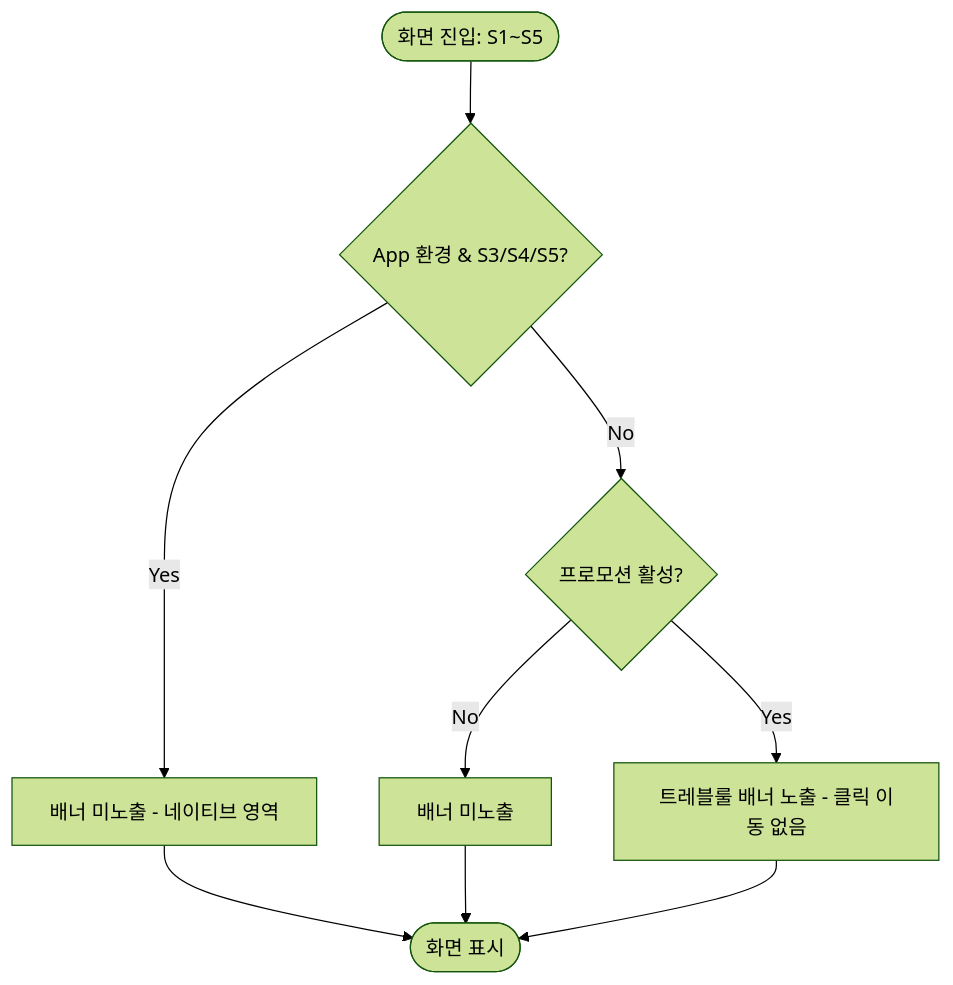
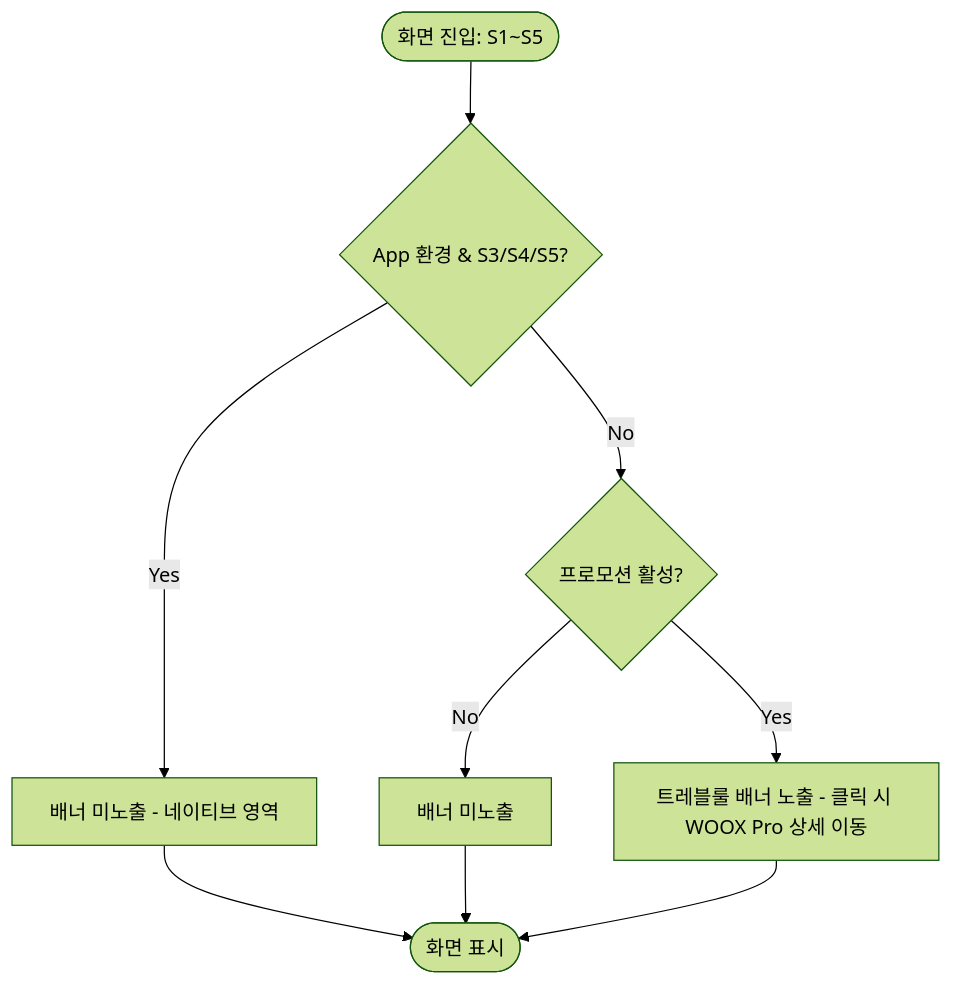
Before and after one commit to matthewforwork1213-collab/WOOX_Pro_sub_event: the fourth of 4 diagrams in 02.기획문서/정보구조도.md, drawn with Mermaid (forest theme). The commit also changed 16 other files, not shown here.

First line of the commit message:
feat(prototype)+docs: 트레블룰 배너 개정 — 클릭 시 WOOX Pro 상세 이동·로고 사이 ⇄, 화면 6종 조정

````diff
--- a/02.기획문서/정보구조도.md
+++ b/02.기획문서/정보구조도.md
@@ -100,12 +100,12 @@
 ```mermaid
 flowchart TD
     Start([화면 진입: S1~S5]) --> CheckApp{App 환경 &amp; S3/S4/S5?}
     CheckApp -->|Yes| NoBanner[배너 미노출 - 네이티브 영역]
     CheckApp -->|No| CheckPromo{프로모션 활성?}
     CheckPromo -->|No| NoBanner2[배너 미노출]
-    CheckPromo -->|Yes| ShowBanner[트레블룰 배너 노출 - 클릭 이동 없음]
+    CheckPromo -->|Yes| ShowBanner[트레블룰 배너 노출 - 클릭 시 WOOX Pro 상세 이동]
 
     NoBanner --> End([화면 표시])
     NoBanner2 --> End
     ShowBanner --> End
 ```
````
